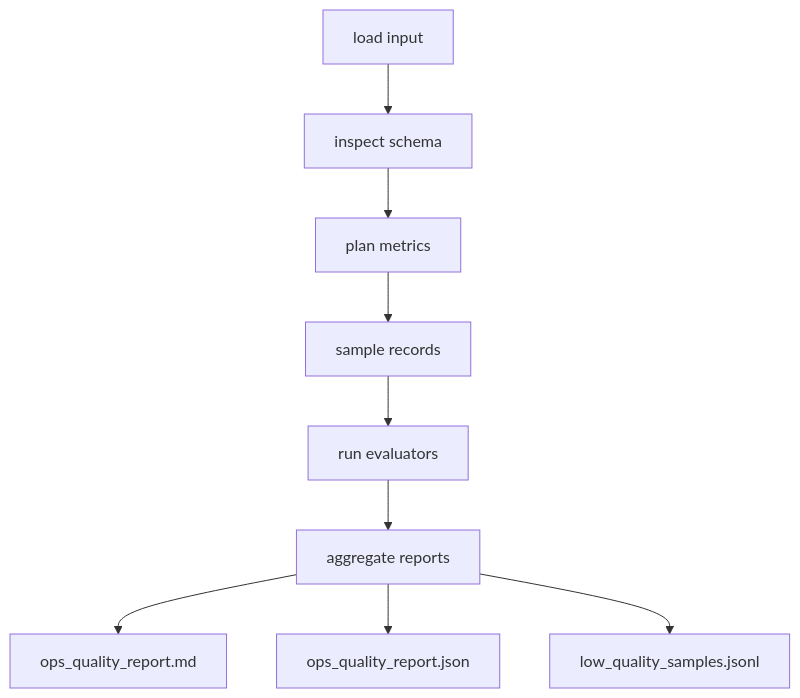
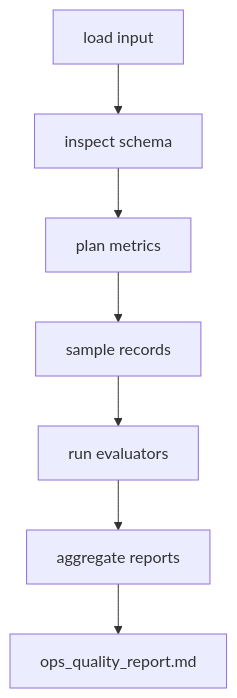
Before and after one commit to Wenwen555/ops-quality-assessment: the second of 3 diagrams in docs/index.md, drawn with Mermaid. The commit also changed other lines of this file and 1 other file, not shown here.

````diff
--- a/docs/index.md
+++ b/docs/index.md
@@ -60,11 +60,9 @@
 ```mermaid
 flowchart TB
     A[load input] --> B[inspect schema]
     B --> C[plan metrics]
     C --> D[sample records]
     D --> E[run evaluators]
     E --> F[aggregate reports]
     F --> G[ops_quality_report.md]
-    F --> H[ops_quality_report.json]
-    F --> I[low_quality_samples.jsonl]
 ```
````
